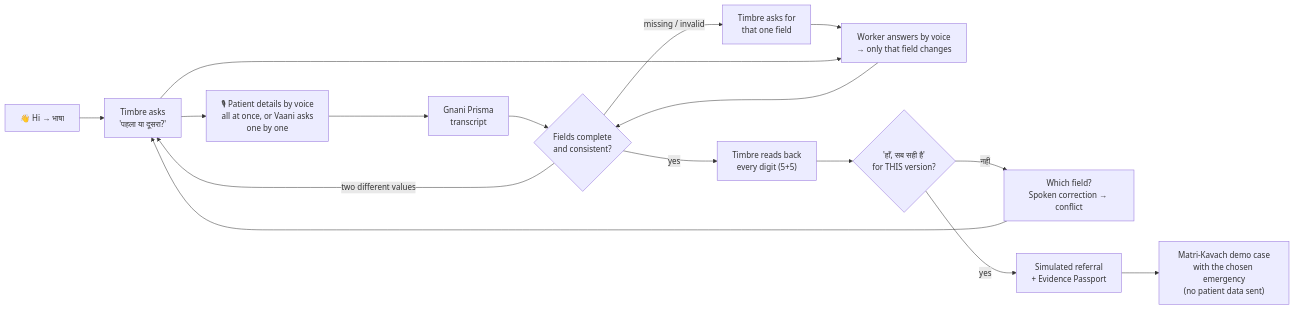
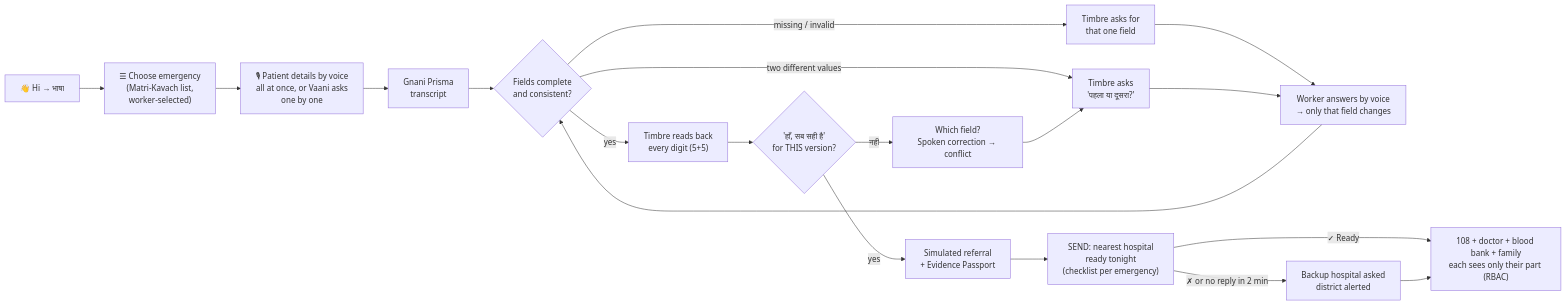
One commit to MG782469/matri-kavach-vaani changed the diagram in README.md. Above: the diagram before and after it, drawn with Mermaid. The commit also changed other lines of this file and 19 other files, not shown here.

First line of the commit message:
feat: Matri-Kavach routing and server-side RBAC role phones

````diff
--- a/README.md
+++ b/README.md
@@ -51,18 +51,21 @@
 ```mermaid
 flowchart LR
-    S["👋 Hi → भाषा"] --> E["☰ Choose emergency<br/>(Matri-Kavach list,<br/>worker-selected)"]
-    E --> A["🎙 Patient details by voice<br/>all at once, or Vaani asks<br/>one by one"]
+    S["👋 Hi → भाषा"] --> EM["☰ Choose emergency<br/>(Matri-Kavach list,<br/>worker-selected)"]
+    EM --> A["🎙 Patient details by voice<br/>all at once, or Vaani asks<br/>one by one"]
     A --> B["Gnani Prisma<br/>transcript"]
     B --> C{"Fields complete<br/>and consistent?"}
     C -- "missing / invalid" --> D["Timbre asks for<br/>that one field"]
     C -- "two different values" --> E["Timbre asks<br/>'पहला या दूसरा?'"]
     D --> F["Worker answers by voice<br/>→ only that field changes"]
     E --> F
     F --> C
     C -- "yes" --> G["Timbre reads back<br/>every digit (5+5)"]
     G --> H{"'हाँ, सब सही है'<br/>for THIS version?"}
     H -- "नहीं" --> I["Which field?<br/>Spoken correction → conflict"]
     I --> E
     H -- "yes" --> J["Simulated referral<br/>+ Evidence Passport"]
-    J --> K["Matri-Kavach demo case<br/>with the chosen emergency<br/>(no patient data sent)"]
+    J --> R["SEND: nearest hospital<br/>ready tonight<br/>(checklist per emergency)"]
+    R -- "✗ or no reply in 2 min" --> R2["Backup hospital asked<br/>district alerted"]
+    R -- "✓ Ready" --> K["108 + doctor + blood bank + family<br/>each sees only their part (RBAC)"]
+    R2 --> K
 ```
````
